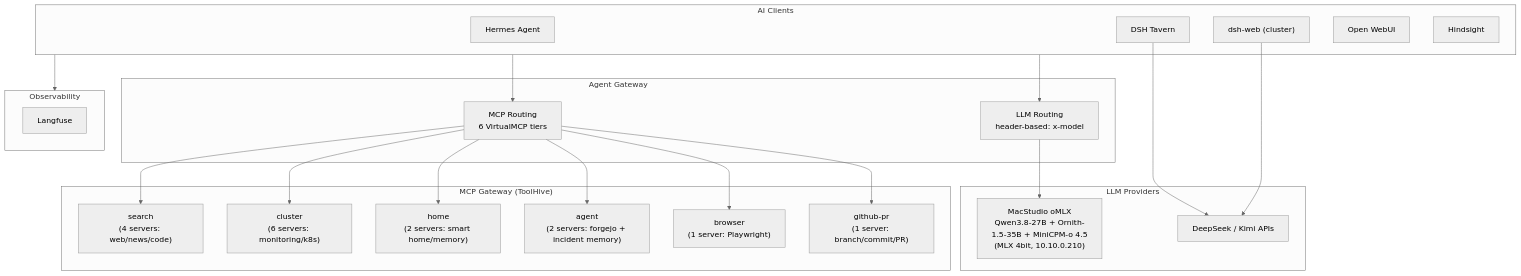
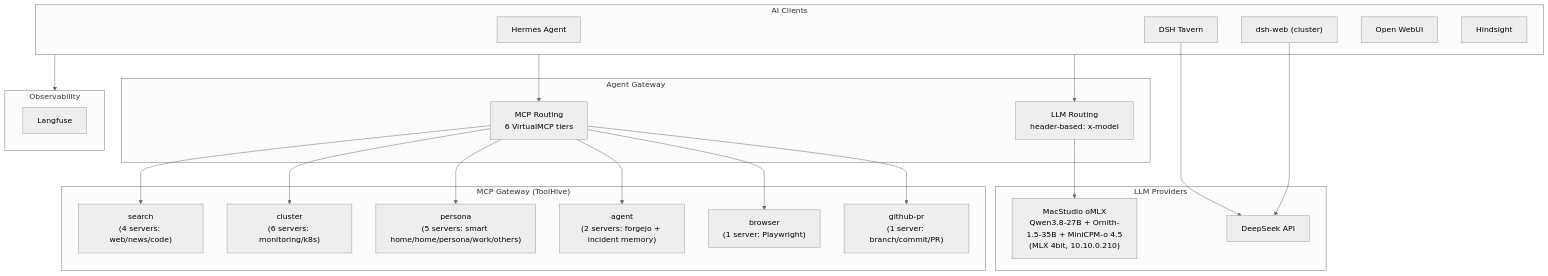
Before and after one commit to soulwhisper/home-ops: the diagram in docs/application/ai.md, drawn with Mermaid (neutral theme). The commit also changed other lines of this file and 32 other files, not shown here.

First line of the commit message:
feat(servitor-apps): persona memory banks and DSH provider cleanup (#4529)

````diff
--- a/docs/application/ai.md
+++ b/docs/application/ai.md
@@ -8,46 +8,46 @@
 ```mermaid
 flowchart TB
     subgraph Clients["AI Clients"]
         Hermes["Hermes Agent"]
         Tavern["DSH Tavern"]
         DSHW["dsh-web (cluster)"]
         OWUI["Open WebUI"]
         HS["Hindsight"]
     end
 
     subgraph Gateway["Agent Gateway"]
         AG-LLM["LLM Routing<br/>header-based: x-model"]
         AG-MCP["MCP Routing<br/>6 VirtualMCP tiers"]
     end
 
     subgraph LLM["LLM Providers"]
         Studio["MacStudio oMLX<br/>Qwen3.8-27B + Ornith-1.5-35B + MiniCPM-o 4.5<br/>(MLX 4bit, 10.10.0.210)"]
-        External["DeepSeek / Kimi APIs"]
+        External["DeepSeek API"]
     end
 
     subgraph MCP["MCP Gateway (ToolHive)"]
         VMCP-SEARCH["search<br/>(4 servers: web/news/code)"]
         VMCP-CLUSTER["cluster<br/>(6 servers: monitoring/k8s)"]
-        VMCP-HOME["home<br/>(2 servers: smart home/memory)"]
+        VMCP-HOME["persona<br/>(5 servers: smart home/home/persona/work/others)"]
         VMCP-AGENT["agent<br/>(2 servers: forgejo + incident memory)"]
         VMCP-BROWSER["browser<br/>(1 server: Playwright)"]
         VMCP-GITHUBPR["github-pr<br/>(1 server: branch/commit/PR)"]
     end
 
     subgraph Obs["Observability"]
         Langfuse["Langfuse"]
     end
 
     Clients --> AG-LLM
     Clients --> AG-MCP
     AG-LLM --> Studio
     AG-MCP --> VMCP-SEARCH
     AG-MCP --> VMCP-CLUSTER
     AG-MCP --> VMCP-HOME
     AG-MCP --> VMCP-AGENT
     AG-MCP --> VMCP-BROWSER
     AG-MCP --> VMCP-GITHUBPR
     Tavern --> External
     DSHW --> External
     Clients --> Obs
 ```
````
